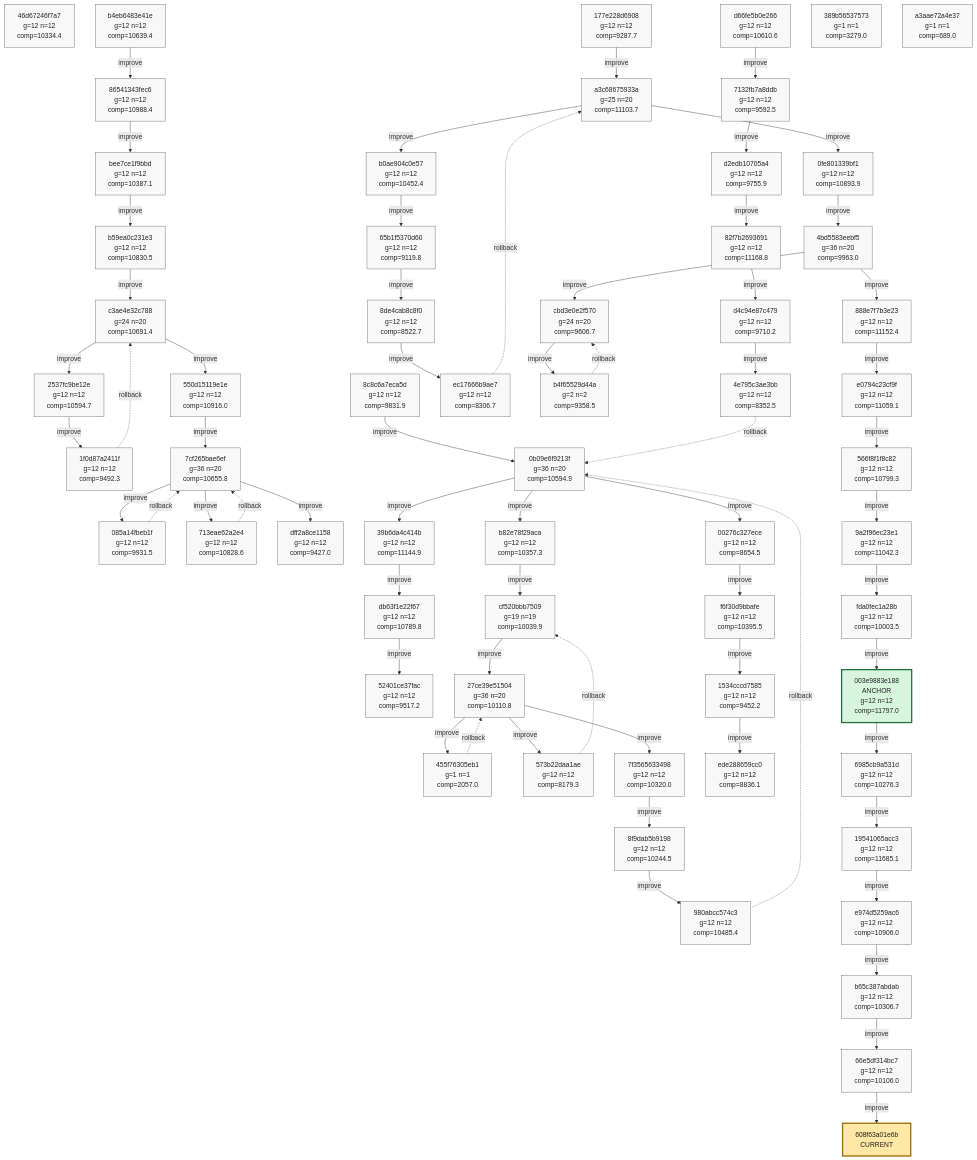
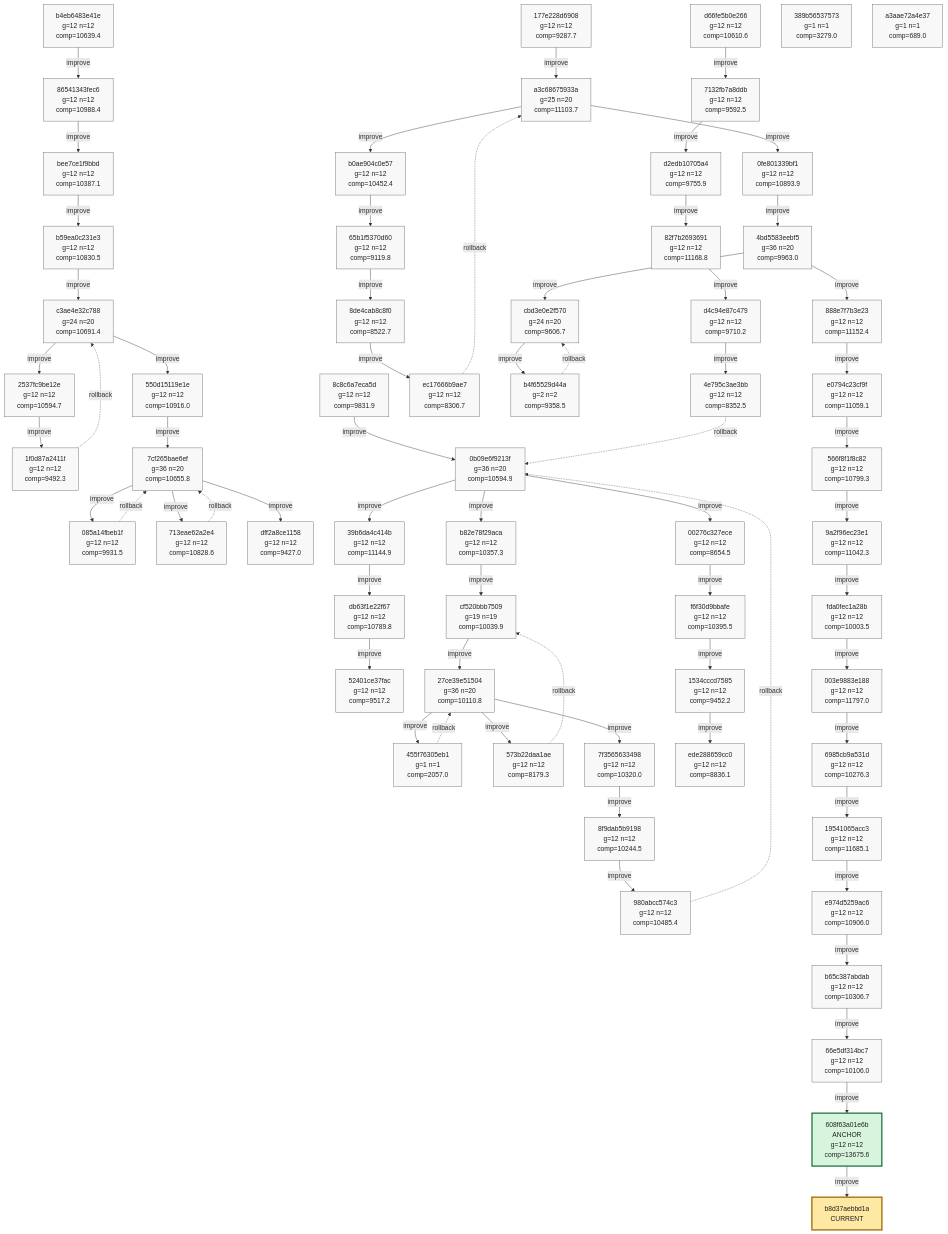
Before and after one commit to azumag/soviet_now: the first of 10 diagrams in phyrogenetic-tree.md, drawn with Mermaid. The commit also changed other lines of this file and 2 other files, not shown here.

Commit message:
eloop Improve after 12 games (scores: 11813 9725 21807 18850 16771 12895 15700 14238 17305 14174 10295 14312)

````diff
--- a/phyrogenetic-tree.md
+++ b/phyrogenetic-tree.md
@@ -16,6 +16,5 @@
 ```mermaid
 flowchart TD
-    h_46d67246f7a7["46d67246f7a7<br/>g=12 n=12<br/>comp=10334.4"]
     h_b4eb6483e41e["b4eb6483e41e<br/>g=12 n=12<br/>comp=10639.4"]
     h_86541343fec6["86541343fec6<br/>g=12 n=12<br/>comp=10988.4"]
     h_bee7ce1f9bbd["bee7ce1f9bbd<br/>g=12 n=12<br/>comp=10387.1"]
@@ -66,15 +65,16 @@
     h_566f8f1f8c82["566f8f1f8c82<br/>g=12 n=12<br/>comp=10799.3"]
     h_9a2f96ec23e1["9a2f96ec23e1<br/>g=12 n=12<br/>comp=11042.3"]
     h_fda0fec1a28b["fda0fec1a28b<br/>g=12 n=12<br/>comp=10003.5"]
-    h_003e9883e188["003e9883e188<br/>ANCHOR<br/>g=12 n=12<br/>comp=11797.0"]
+    h_003e9883e188["003e9883e188<br/>g=12 n=12<br/>comp=11797.0"]
     h_6985cb9a531d["6985cb9a531d<br/>g=12 n=12<br/>comp=10276.3"]
     h_19541065acc3["19541065acc3<br/>g=12 n=12<br/>comp=11685.1"]
     h_e974d5259ac6["e974d5259ac6<br/>g=12 n=12<br/>comp=10906.0"]
     h_b65c387abdab["b65c387abdab<br/>g=12 n=12<br/>comp=10306.7"]
     h_66e5df314bc7["66e5df314bc7<br/>g=12 n=12<br/>comp=10106.0"]
+    h_608f63a01e6b["608f63a01e6b<br/>ANCHOR<br/>g=12 n=12<br/>comp=13675.6"]
     h_389b56537573["389b56537573<br/>g=1 n=1<br/>comp=3279.0"]
     h_a3aae72a4e37["a3aae72a4e37<br/>g=1 n=1<br/>comp=689.0"]
-    h_608f63a01e6b["608f63a01e6b<br/>CURRENT"]
+    h_b8d37aebbd1a["b8d37aebbd1a<br/>CURRENT"]
 
     h_b4eb6483e41e -->|improve| h_86541343fec6
     h_86541343fec6 -->|improve| h_bee7ce1f9bbd
@@ -138,13 +138,13 @@
     h_e974d5259ac6 -->|improve| h_b65c387abdab
     h_b65c387abdab -->|improve| h_66e5df314bc7
     h_66e5df314bc7 -->|improve| h_608f63a01e6b
+    h_608f63a01e6b -->|improve| h_b8d37aebbd1a
 
     classDef plain fill:#f8f8f8,stroke:#666,stroke-width:1px,color:#222;
     classDef current fill:#ffe8a3,stroke:#9a6700,stroke-width:3px,color:#222;
     classDef anchor fill:#d7f5dd,stroke:#1f6f43,stroke-width:3px,color:#222;
     classDef current_anchor fill:#f3e4a8,stroke:#1f6f43,stroke-width:4px,color:#222;
 
-    class h_46d67246f7a7 plain;
     class h_b4eb6483e41e plain;
     class h_86541343fec6 plain;
     class h_bee7ce1f9bbd plain;
@@ -195,13 +195,14 @@
     class h_566f8f1f8c82 plain;
     class h_9a2f96ec23e1 plain;
     class h_fda0fec1a28b plain;
-    class h_003e9883e188 anchor;
+    class h_003e9883e188 plain;
     class h_6985cb9a531d plain;
     class h_19541065acc3 plain;
     class h_e974d5259ac6 plain;
     class h_b65c387abdab plain;
     class h_66e5df314bc7 plain;
+    class h_608f63a01e6b anchor;
     class h_389b56537573 plain;
     class h_a3aae72a4e37 plain;
-    class h_608f63a01e6b current;
+    class h_b8d37aebbd1a current;
 ```
````
